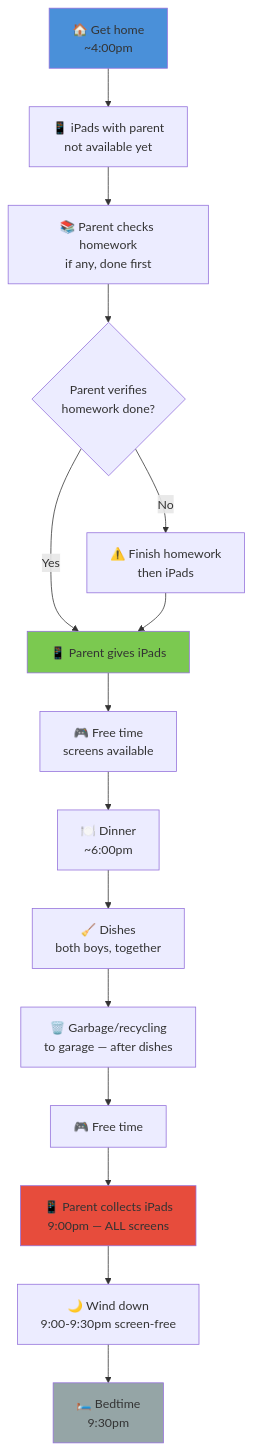
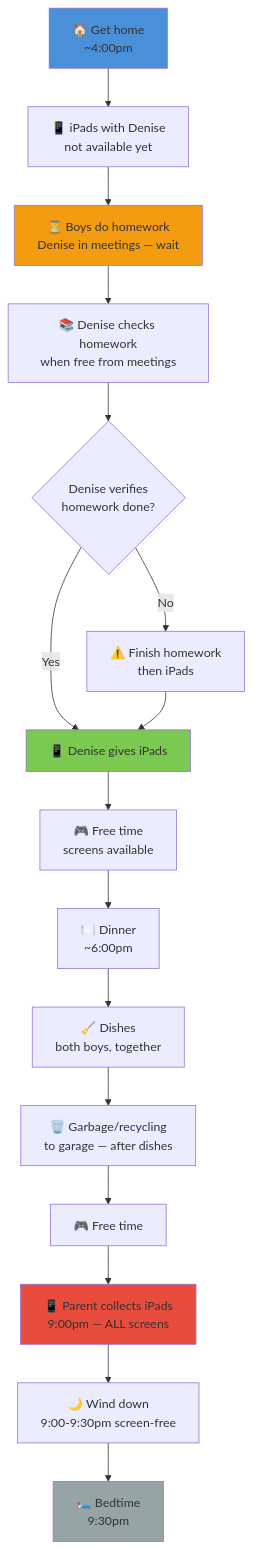
Before and after one commit to ajass/technology-reset: the first of 2 diagrams in day-types/04-school-day.md, drawn with Mermaid. The commit also changed other lines of this file and 4 other files, not shown here.

First line of the commit message:
Phase 1 floor check happens when parent is available, not on demand

````diff
--- a/day-types/04-school-day.md
+++ b/day-types/04-school-day.md
@@ -17,22 +17,24 @@
 ```mermaid
 flowchart TD
-    A["🏠 Get home<br/>~4:00pm"] --> IP["📱 iPads with parent<br/>not available yet"]
-    IP --> B["📚 Parent checks homework<br/>if any, done first"]
-    B --> C{"Parent verifies<br/>homework done?"}
-    C -->|Yes| DG["📱 Parent gives iPads"]
+    A["🏠 Get home<br/>~4:00pm"] --> IP["📱 iPads with Denise<br/>not available yet"]
+    IP --> W["⏳ Boys do homework<br/>Denise in meetings — wait"]
+    W --> B["📚 Denise checks homework<br/>when free from meetings"]
+    B --> C{"Denise verifies<br/>homework done?"}
+    C -->|Yes| DG["📱 Denise gives iPads"]
     C -->|No| E["⚠️ Finish homework<br/>then iPads"]
     E --> DG
     DG --> D["🎮 Free time<br/>screens available"]
     D --> F["🍽️ Dinner<br/>~6:00pm"]
     F --> H["🧹 Dishes<br/>both boys, together"]
     H --> I["🗑️ Garbage/recycling<br/>to garage — after dishes"]
     I --> J["🎮 Free time"]
     J --> K["📱 Parent collects iPads<br/>9:00pm — ALL screens"]
     K --> L["🌙 Wind down<br/>9:00-9:30pm screen-free"]
     L --> M["🛏️ Bedtime<br/>9:30pm"]
 
     style A fill:#4a90d9
+    style W fill:#f39c12
     style DG fill:#7bc950
     style K fill:#e74c3c
     style M fill:#95a5a6
 ```
````
